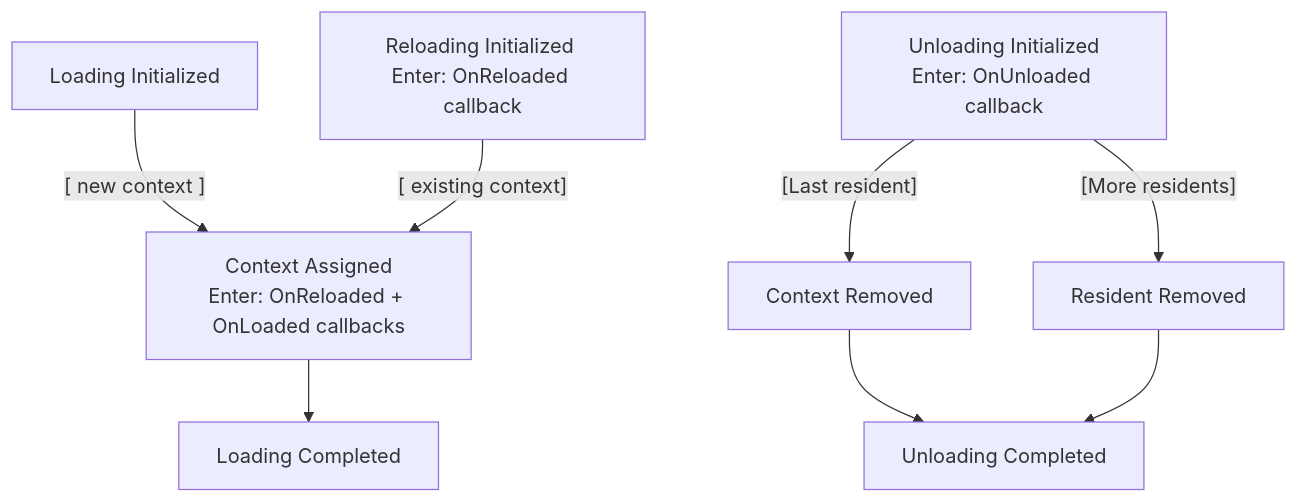
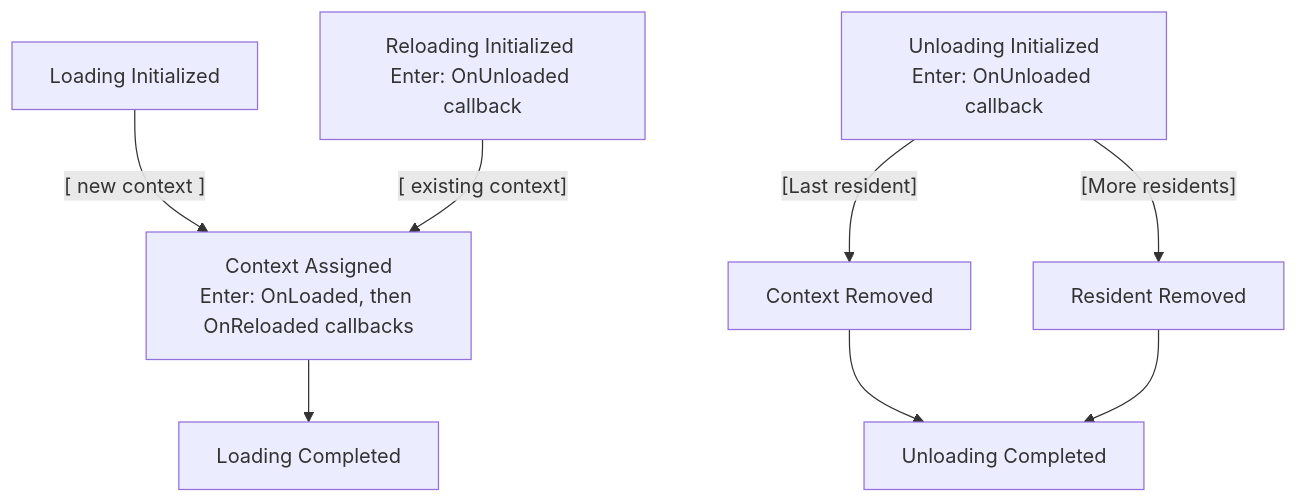
Before and after one commit to makspll/bevy_mod_scripting: the diagram in docs/src/ScriptPipeline/pipeline.md, drawn with Mermaid. The commit also changed other lines of this file and 8 other files, not shown here.

First line of the commit message:
docs: browser review fixes, script lifecycle diagram, handle notes

````diff
--- a/docs/src/ScriptPipeline/pipeline.md
+++ b/docs/src/ScriptPipeline/pipeline.md
@@ -19,25 +19,25 @@
 ```mermaid
 graph TD;
     A[Loading Initialized]
     B[Reloading Initialized 
-Enter: OnReloaded callback]
+Enter: OnUnloaded callback]
 
     A --[ new context ]--> C
     B --[ existing context]--> C
     C[Context Assigned
-Enter: OnReloaded + OnLoaded callbacks]
+Enter: OnLoaded, then OnReloaded callbacks]
 
     C --> D
 
     D[Loading Completed]
 
     E[Unloading Initialized
 Enter: OnUnloaded callback]
     F[Context Removed]
     G[Resident Removed]
     E --[Last resident]--> F
     E --[More residents]--> G
     H[Unloading Completed]
     F --> H
     G --> H
 ```
````
